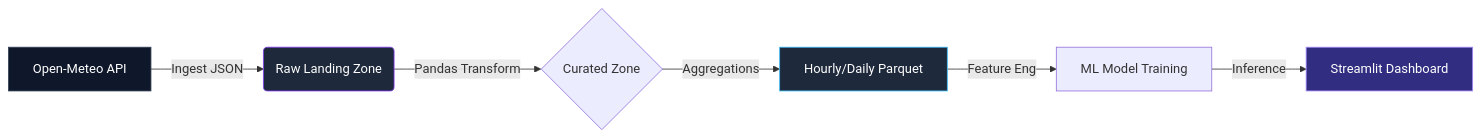
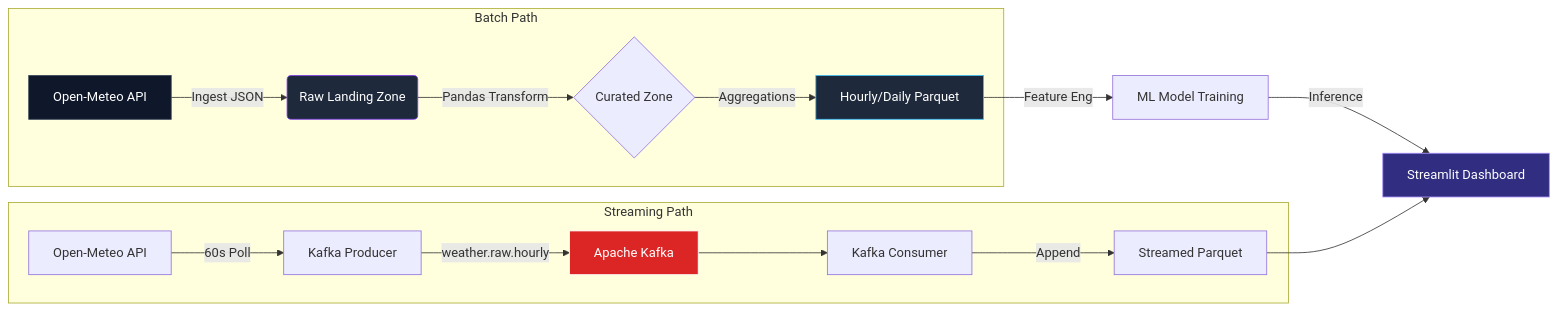
Before and after one commit to sairaghu538/weather-pipeline: the diagram in README.md, drawn with Mermaid. The commit also changed other lines of this file and 2 other files, not shown here.

Commit message:
docs: Update README with kafka streaming docs and screenshots

````diff
--- a/README.md
+++ b/README.md
@@ -60,13 +60,25 @@
 ```mermaid
 graph LR
-    A[Open-Meteo API] -->|Ingest JSON| B(Raw Landing Zone)
-    B -->|Pandas Transform| C{Curated Zone}
-    C -->|Aggregations| D[Hourly/Daily Parquet]
+    subgraph Batch Path
+        A[Open-Meteo API] -->|Ingest JSON| B(Raw Landing Zone)
+        B -->|Pandas Transform| C{Curated Zone}
+        C -->|Aggregations| D[Hourly/Daily Parquet]
+    end
+    
+    subgraph Streaming Path
+        K[Open-Meteo API] -->|60s Poll| P[Kafka Producer]
+        P -->|weather.raw.hourly| Q[Apache Kafka]
+        Q --> R[Kafka Consumer]
+        R -->|Append| S[Streamed Parquet]
+    end
+    
     D -->|Feature Eng| E[ML Model Training]
     E -->|Inference| F[Streamlit Dashboard]
+    S --> F
     
     style A fill:#0f172a,stroke:#334155,color:#fff
     style B fill:#1e293b,stroke:#7c3aed,color:#fff
     style D fill:#1e293b,stroke:#38bdf8,color:#fff
     style F fill:#312e81,stroke:#a78bfa,color:#fff
+    style Q fill:#dc2626,stroke:#fff,color:#fff
 ```
````
